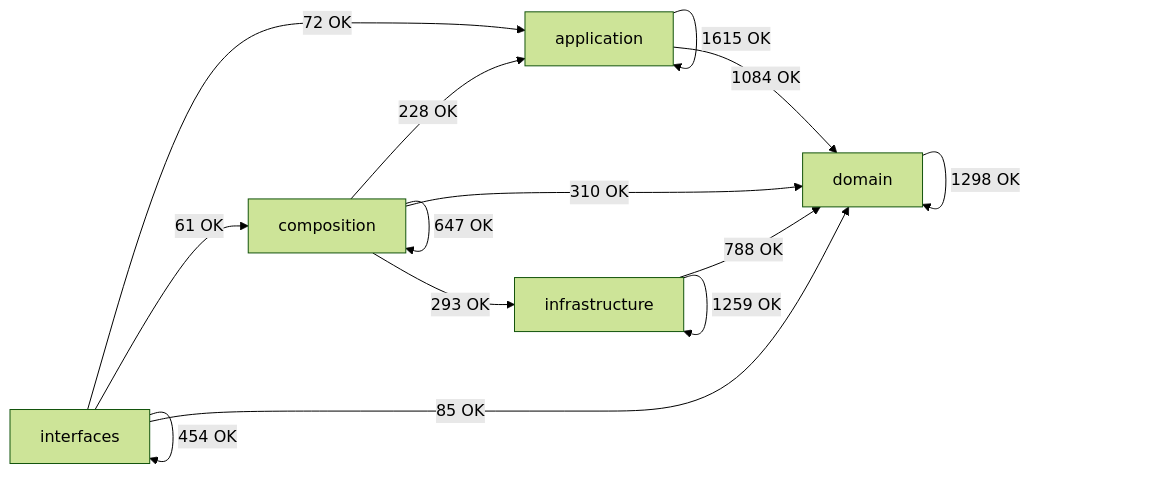
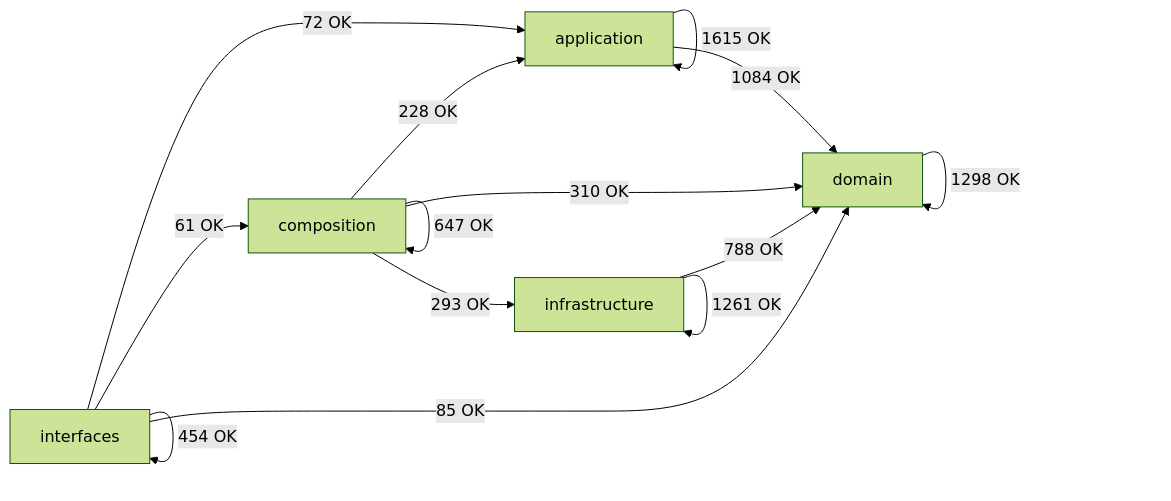
One commit to SatoryKono/BioactivityDataAcquisition changed the diagram in docs/02-architecture/generated/module-dependency-map.md. Above: the diagram before and after it, drawn with Mermaid (forest theme). The commit also changed other lines of this file and 28 other files, not shown here.

````diff
--- a/docs/02-architecture/generated/module-dependency-map.md
+++ b/docs/02-architecture/generated/module-dependency-map.md
@@ -17,21 +17,21 @@
 ```mermaid
 flowchart LR
     domain[domain]
     application[application]
     infrastructure[infrastructure]
     composition[composition]
     interfaces[interfaces]
     application -->|1615 OK| application
     application -->|1084 OK| domain
     composition -->|228 OK| application
     composition -->|647 OK| composition
     composition -->|310 OK| domain
     composition -->|293 OK| infrastructure
     domain -->|1298 OK| domain
     infrastructure -->|788 OK| domain
-    infrastructure -->|1259 OK| infrastructure
+    infrastructure -->|1261 OK| infrastructure
     interfaces -->|72 OK| application
     interfaces -->|61 OK| composition
     interfaces -->|85 OK| domain
     interfaces -->|454 OK| interfaces
 ```
````
